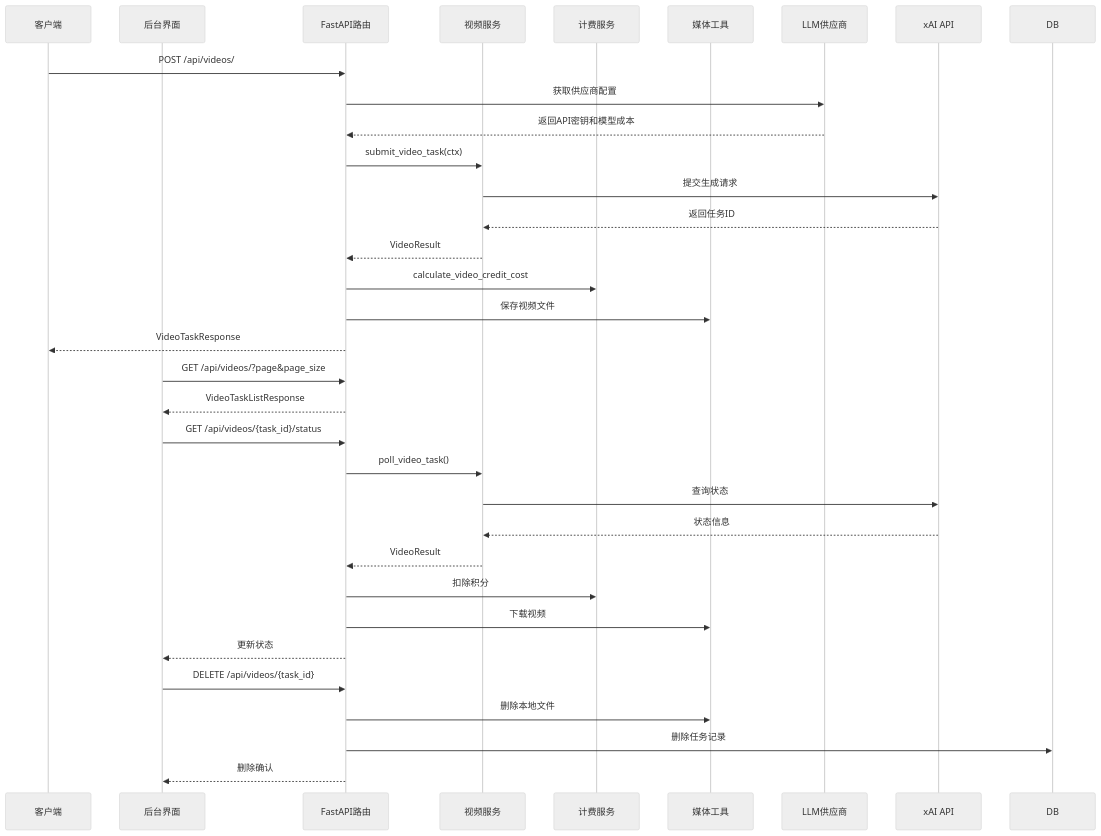
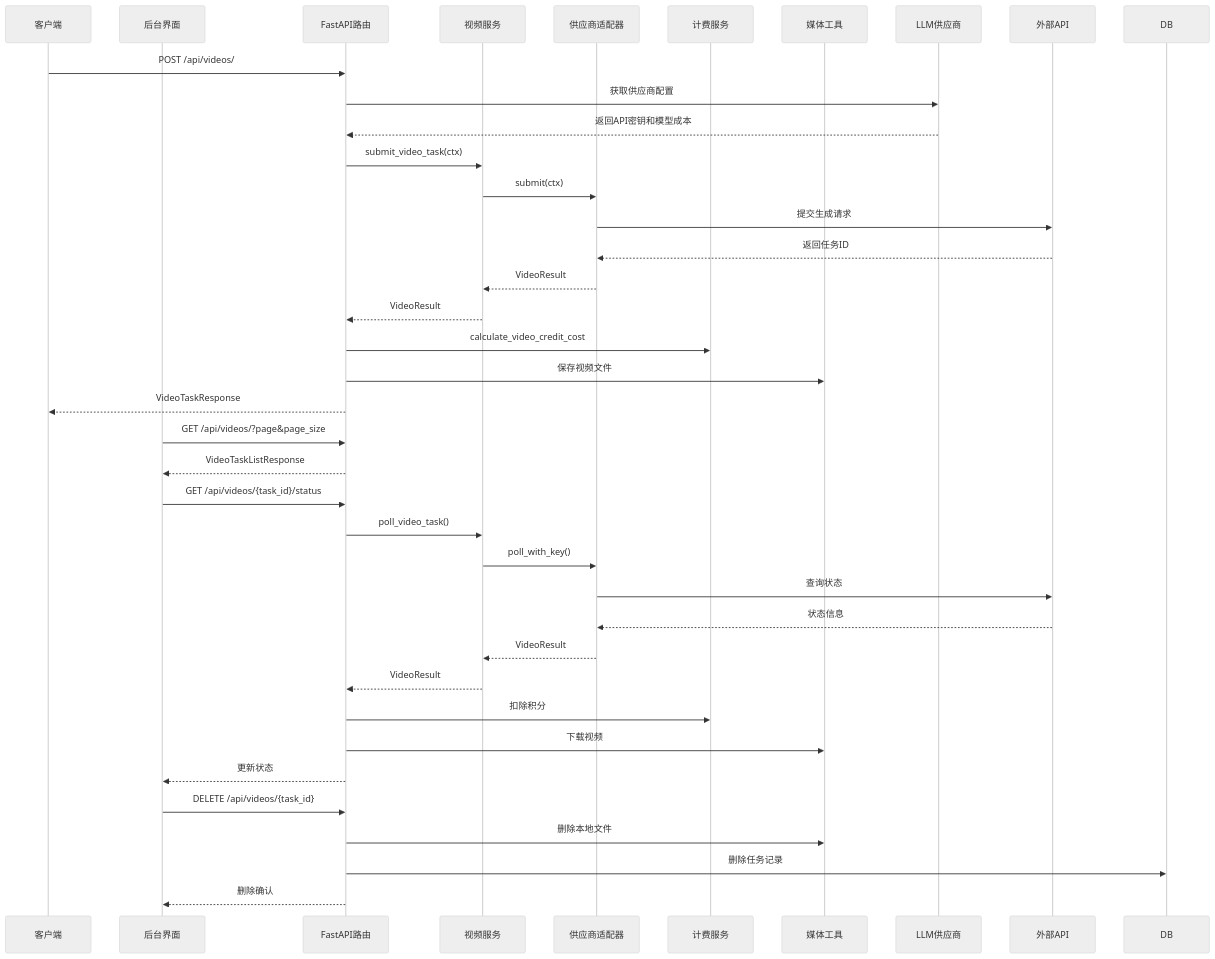
Before and after one commit to KunLabAI/KunFlix: the second of 12 diagrams in .qoder/repowiki/zh/content/API接口文档/视频生成API文档.md, drawn with Mermaid (neutral theme). The commit also changed other lines of this file and 10 other files, not shown here.

````diff
--- a/.qoder/repowiki/zh/content/API接口文档/视频生成API文档.md
+++ b/.qoder/repowiki/zh/content/API接口文档/视频生成API文档.md
@@ -128,35 +138,40 @@
 ```mermaid
 sequenceDiagram
 participant Client as 客户端
 participant AdminUI as 后台界面
 participant API as FastAPI路由
 participant Service as 视频服务
+participant Adapter as 供应商适配器
 participant Billing as 计费服务
 participant Media as 媒体工具
 participant Provider as LLM供应商
-participant xAI as xAI API
+participant External as 外部API
 Client->>API : POST /api/videos/
 API->>Provider : 获取供应商配置
 Provider-->>API : 返回API密钥和模型成本
 API->>Service : submit_video_task(ctx)
-Service->>xAI : 提交生成请求
-xAI-->>Service : 返回任务ID
+Service->>Adapter : submit(ctx)
+Adapter->>External : 提交生成请求
+External-->>Adapter : 返回任务ID
+Adapter-->>Service : VideoResult
 Service-->>API : VideoResult
 API->>Billing : calculate_video_credit_cost
 API->>Media : 保存视频文件
 API-->>Client : VideoTaskResponse
 AdminUI->>API : GET /api/videos/?page&page_size
 API-->>AdminUI : VideoTaskListResponse
 AdminUI->>API : GET /api/videos/{task_id}/status
 API->>Service : poll_video_task()
-Service->>xAI : 查询状态
-xAI-->>Service : 状态信息
+Service->>Adapter : poll_with_key()
+Adapter->>External : 查询状态
+External-->>Adapter : 状态信息
+Adapter-->>Service : VideoResult
 Service-->>API : VideoResult
 API->>Billing : 扣除积分
 API->>Media : 下载视频
 API-->>AdminUI : 更新状态
 AdminUI->>API : DELETE /api/videos/{task_id}
 API->>Media : 删除本地文件
 API->>DB : 删除任务记录
 API-->>AdminUI : 删除确认
 ```
````
